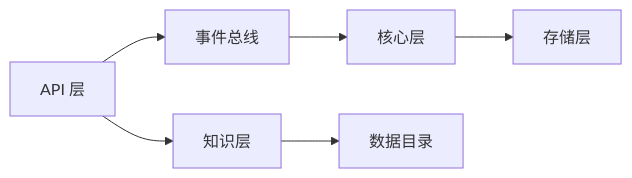
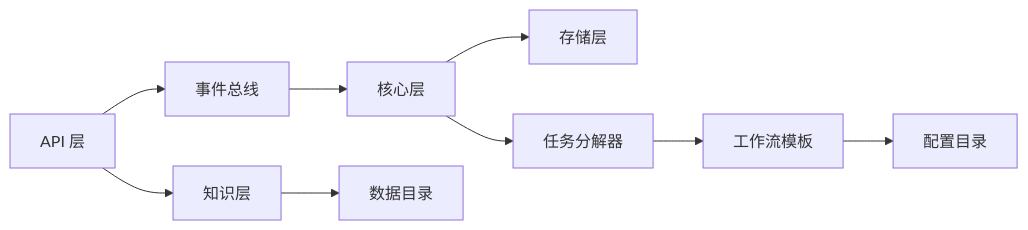
Before and after one commit to angledick/-: the ninth of 9 diagrams in .qoder/repowiki/zh/content/系统架构/数据流设计/数据流设计.md, drawn with Mermaid. The commit also changed other lines of this file and 770 other files, not shown here.

````diff
--- a/.qoder/repowiki/zh/content/系统架构/数据流设计/数据流设计.md
+++ b/.qoder/repowiki/zh/content/系统架构/数据流设计/数据流设计.md
@@ -403,8 +471,11 @@
 ```mermaid
 graph LR
 API["API 层"] --> BUS["事件总线"]
 API --> KNOW["知识层"]
 BUS --> CORE["核心层"]
 CORE --> STORE["存储层"]
+CORE --> DECOMPOSER["任务分解器"]
+DECOMPOSER --> TEMPLATES["工作流模板"]
 KNOW --> DATA["数据目录"]
+TEMPLATES --> CONFIG["配置目录"]
 ```
````
